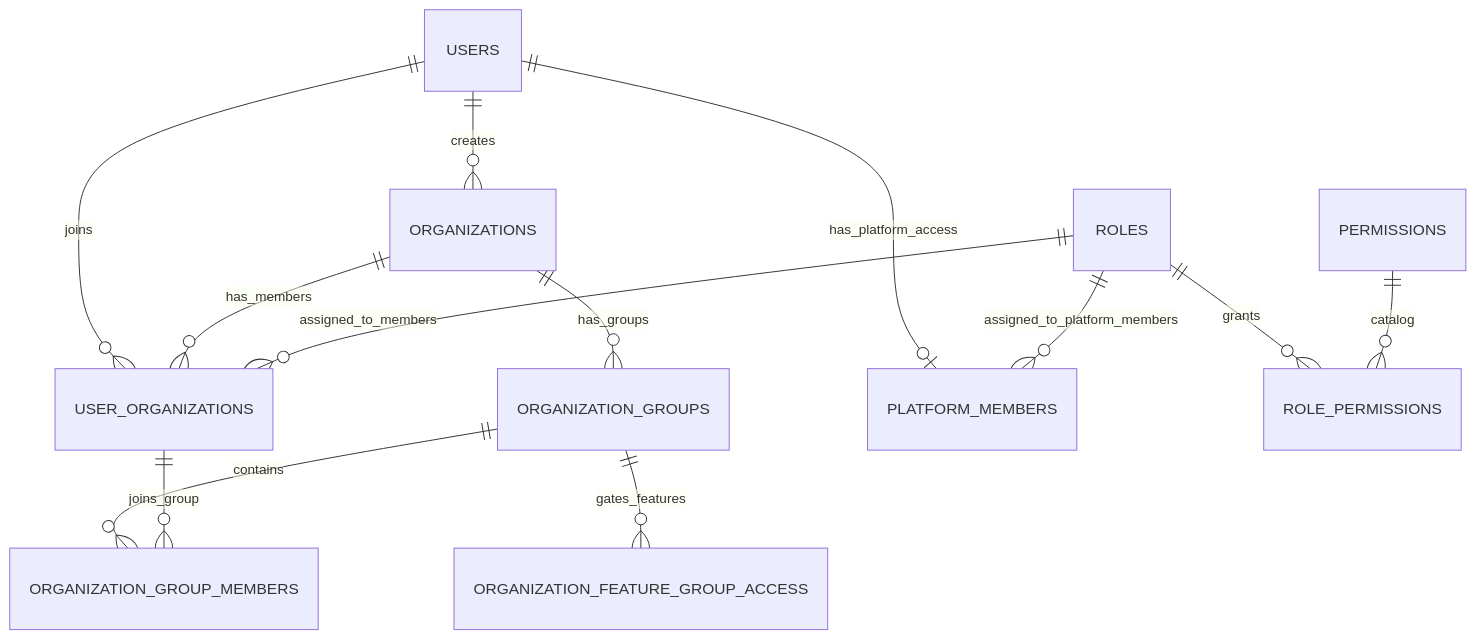
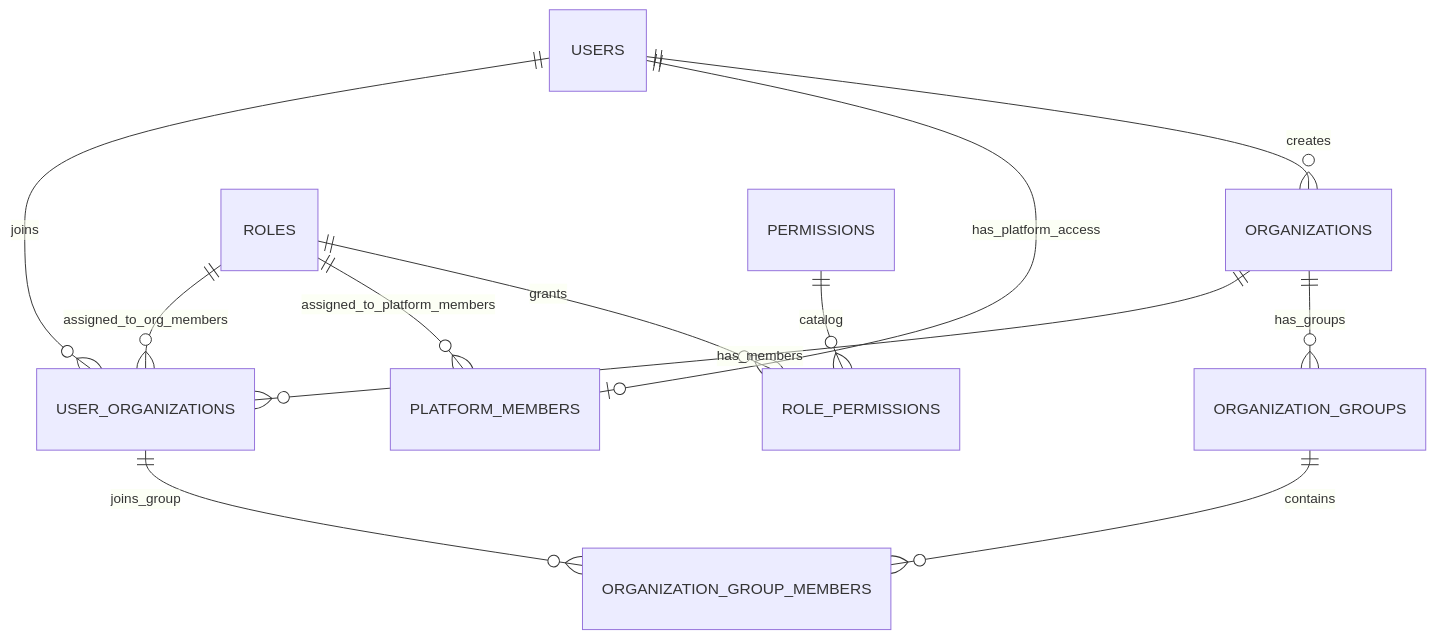
The third of 6 diagrams in docs/current-module-reference-graph.md (AyalaKaguya/hermes-swarm), drawn with Mermaid before and after one commit. The commit also changed other lines of this file and 13 other files, not shown here.

````diff
--- a/docs/current-module-reference-graph.md
+++ b/docs/current-module-reference-graph.md
@@ -113,15 +121,14 @@
 ```mermaid
 erDiagram
   USERS ||--o{ USER_ORGANIZATIONS : joins
   ORGANIZATIONS ||--o{ USER_ORGANIZATIONS : has_members
-  ROLES ||--o{ USER_ORGANIZATIONS : assigned_to_members
-  ORGANIZATIONS ||--o{ ORGANIZATION_GROUPS : has_groups
-  ORGANIZATION_GROUPS ||--o{ ORGANIZATION_GROUP_MEMBERS : contains
-  USER_ORGANIZATIONS ||--o{ ORGANIZATION_GROUP_MEMBERS : joins_group
-  ORGANIZATION_GROUPS ||--o{ ORGANIZATION_FEATURE_GROUP_ACCESS : gates_features
+  ROLES ||--o{ USER_ORGANIZATIONS : assigned_to_org_members
   USERS ||--o| PLATFORM_MEMBERS : has_platform_access
   ROLES ||--o{ PLATFORM_MEMBERS : assigned_to_platform_members
   ROLES ||--o{ ROLE_PERMISSIONS : grants
   PERMISSIONS ||--o{ ROLE_PERMISSIONS : catalog
   USERS ||--o{ ORGANIZATIONS : creates
+  ORGANIZATIONS ||--o{ ORGANIZATION_GROUPS : has_groups
+  ORGANIZATION_GROUPS ||--o{ ORGANIZATION_GROUP_MEMBERS : contains
+  USER_ORGANIZATIONS ||--o{ ORGANIZATION_GROUP_MEMBERS : joins_group
 ```
````
